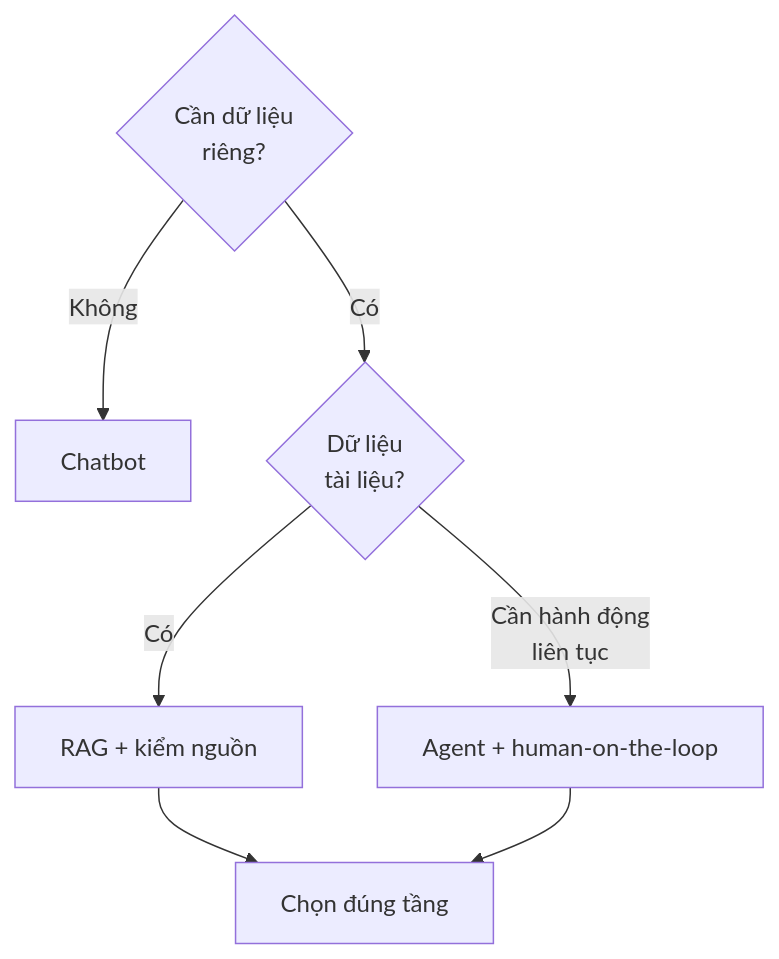
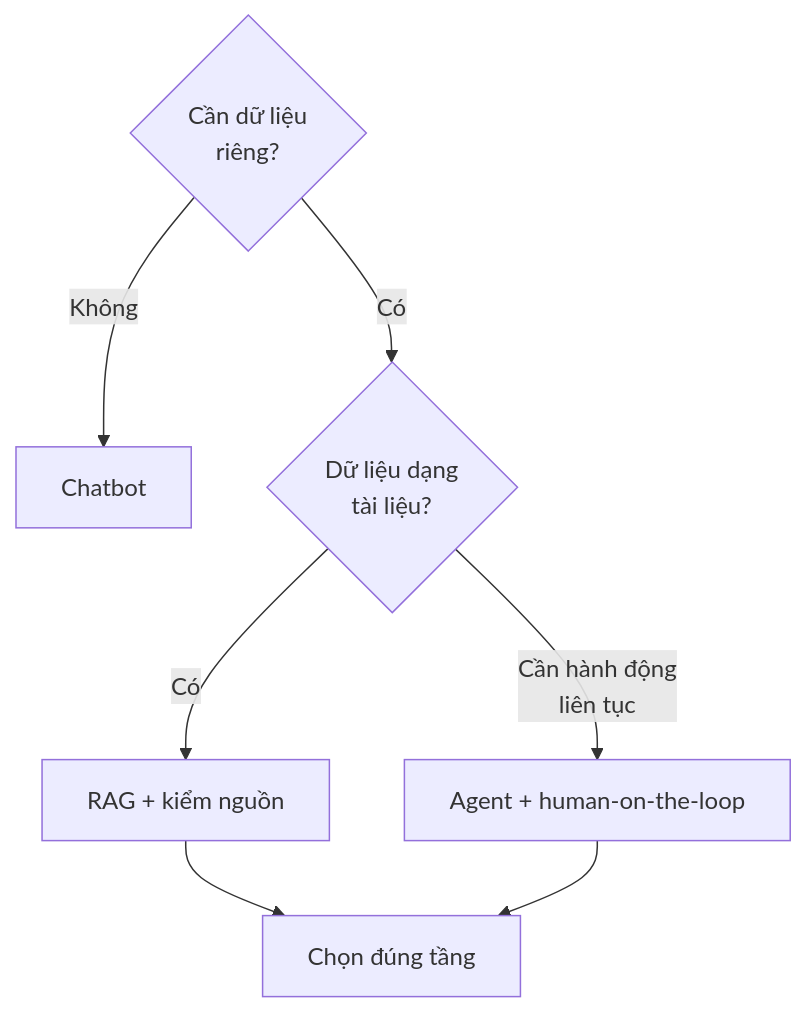
The third of 6 diagrams in docs/curriculum/MODULE-08-ecosystem-lab.md (heino-labs/gen-ai-labs), drawn with Mermaid before and after one commit. The commit also changed other lines of this file and 10 other files, not shown here.

Commit message:
Refactor MODULE-09-capstone.md and README.md for clarity and structure; enhance narrative flow and emphasize evidence-based learning in AI testing curriculum.

````diff
--- a/docs/curriculum/MODULE-08-ecosystem-lab.md
+++ b/docs/curriculum/MODULE-08-ecosystem-lab.md
@@ -278,10 +133,10 @@
 ```mermaid
 flowchart TD
     TASK{"Cần dữ liệu<br/>riêng?"}
     TASK -- Không --> CH["Chatbot"]
-    TASK -- Có --> RAG{"Dữ liệu<br/>tài liệu?"}
-    RAG -- Có --> RR["RAG + kiểm nguồn"]
-    RAG -- "Cần hành động<br/>liên tục" --> AG["Agent + human-on-the-loop"]
+    TASK -- Có --> RAG2{"Dữ liệu dạng<br/>tài liệu?"}
+    RAG2 -- Có --> RR["RAG + kiểm nguồn"]
+    RAG2 -- "Cần hành động<br/>liên tục" --> AG["Agent + human-on-the-loop"]
     RR --> OUT["Chọn đúng tầng"]
     AG --> OUT
 ```
````
